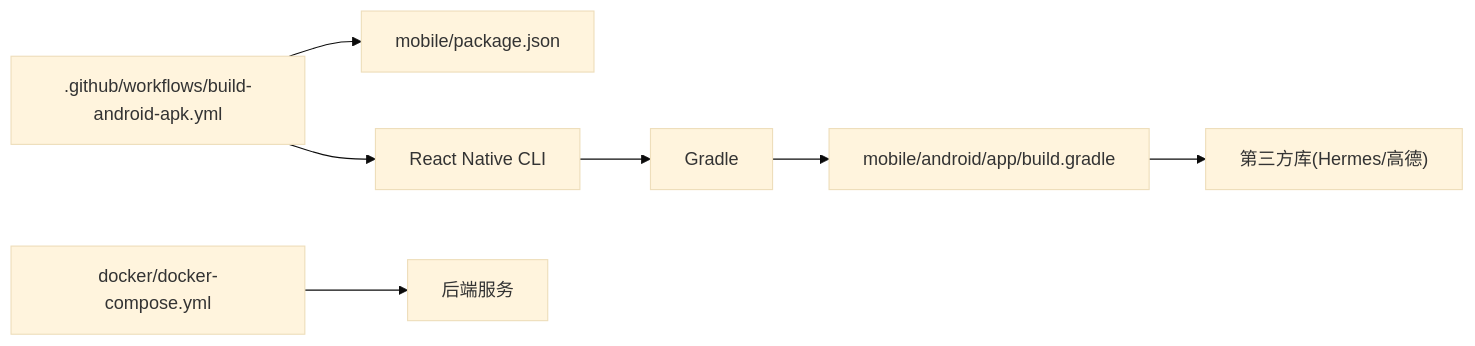
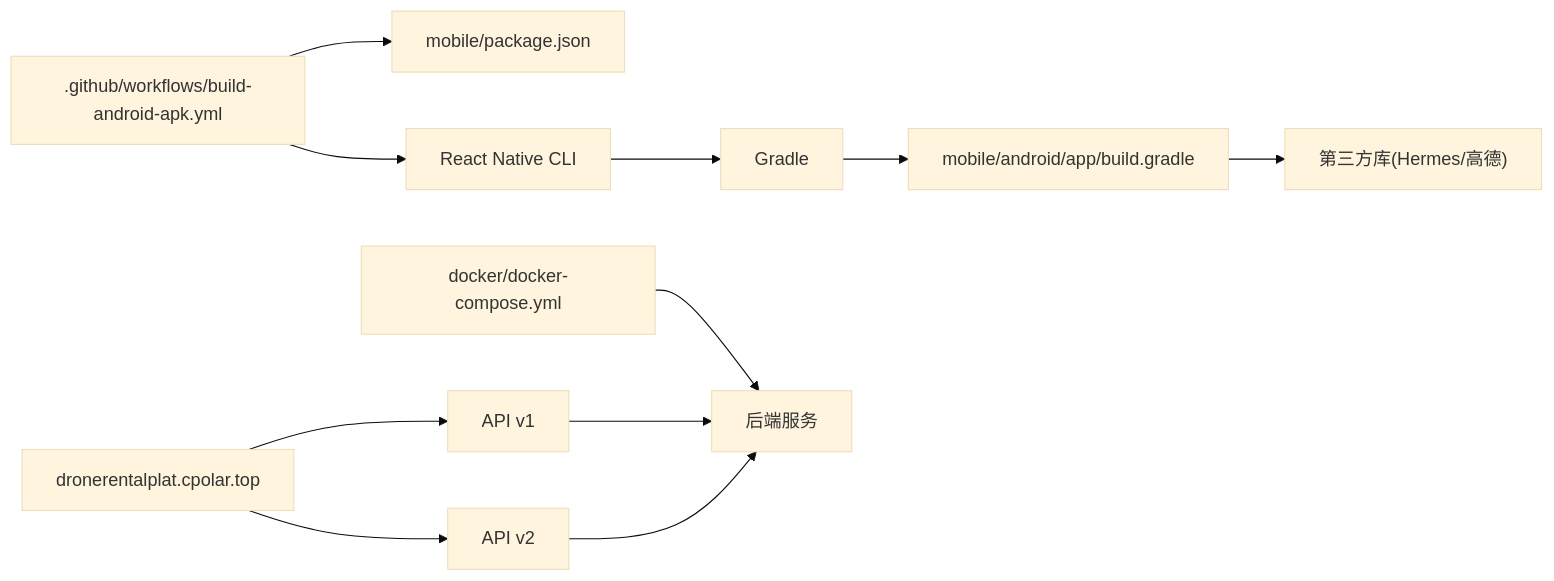
Before and after one commit to yinsw-c2e/drone_Rental_platform_v1: the third of 3 diagrams in .qoder/repowiki/zh/content/部署运维/CI_CD流水线.md, drawn with Mermaid (base theme). The commit also changed other lines of this file and 11 other files, not shown here.

````diff
--- a/.qoder/repowiki/zh/content/部署运维/CI_CD流水线.md
+++ b/.qoder/repowiki/zh/content/部署运维/CI_CD流水线.md
@@ -241,9 +307,13 @@
 ```mermaid
 graph LR
 WF[".github/workflows/build-android-apk.yml"] --> RNPKG["mobile/package.json"]
 WF --> RNCLI["React Native CLI"]
 RNCLI --> GRADLE["Gradle"]
 GRADLE --> APPBUILD["mobile/android/app/build.gradle"]
 APPBUILD --> DEPS["第三方库(Hermes/高德)"]
 DEV["docker/docker-compose.yml"] --> BACKEND["后端服务"]
+APIV1["API v1"] --> BACKEND
+APIV2["API v2"] --> BACKEND
+DOMAIN["dronerentalplat.cpolar.top"] --> APIV1
+DOMAIN --> APIV2
 ```
````
